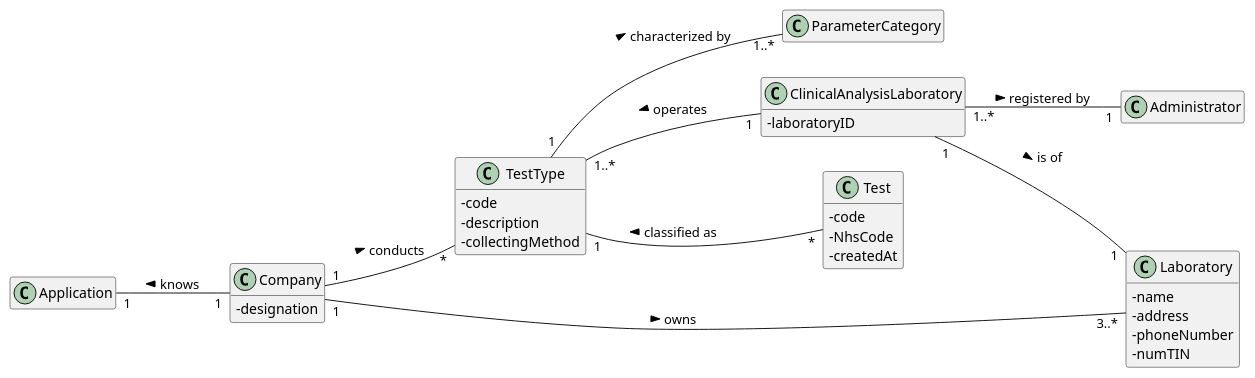
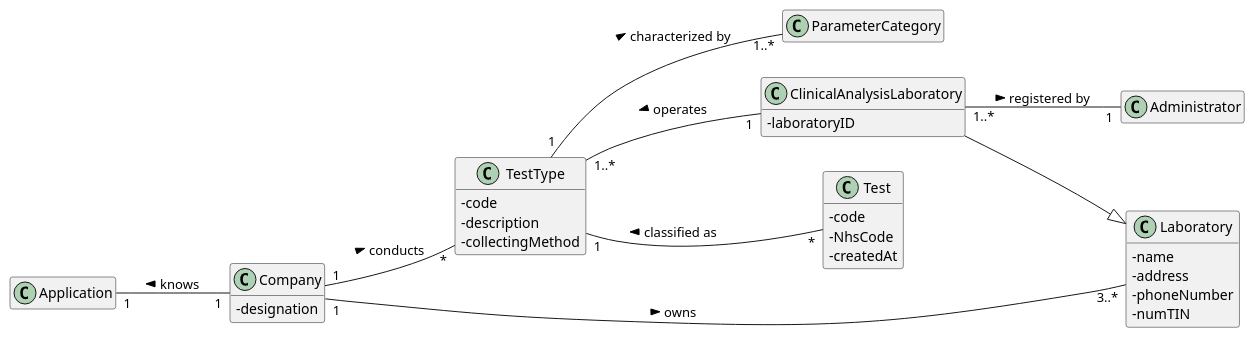
The diagram in docs/SprintB/US_8/US8_DM.puml (ana-albergaria/LAPR2-ISEP), drawn with PlantUML before and after one commit. The commit also changed 4 other files, not shown here.

```diff
--- a/docs/SprintB/US_8/US8_DM.puml
+++ b/docs/SprintB/US_8/US8_DM.puml
@@ -1,81 +1,83 @@
 @startuml
 
 skinparam classAttributeIconSize 0
 hide empty methods
 hide empty attributes
 left to right direction
 
 class Laboratory {
 - name
 - address
 - phoneNumber
 - numTIN
 }
 
 /'
 class Employee {
 - employeeID
 - organizationRole
 - name
 - address
 - phoneNumber
 - e-Mail
 - standardOccupationalClassificationCode
 }'/
 
 class Test{
 - code
 - NhsCode
 - createdAt
 }
 
 class ClinicalAnalysisLaboratory{
 - laboratoryID
 }
 
 class Application{}
 
 class TestType{
 - code
 - description
 - collectingMethod
 }
 
 class Company{
 - designation
 }
 
 class Administrator{}
 
 together {
 class TestType
 class Laboratory
 }
 
 Company -[hidden]-> TestType
 Company -[hidden]-> Laboratory
 
 
 /' LAYOUT PURPOSES '/
 ClinicalAnalysisLaboratory -[hidden]down-> Laboratory
 Test -[hidden]up-> TestType
 ClinicalAnalysisLaboratory -[hidden]up-> TestType
 
 
 /' END OF LAYOUT PURPOSES '/
 
 Company "1" -- "3..*" Laboratory : owns >
-ClinicalAnalysisLaboratory "1" -- "1" Laboratory : is of >
+/'ClinicalAnalysisLaboratory "1" -- "1" Laboratory : is of >'/
 /'Employee "1..*" - "1" Company : works for >'/
 Company "1" -- "*" TestType : conducts >
 
 /' MUDAR SENTIDO DA SETA? POR CAUSA DO RATIONALE '/
 Application "1" -- "1" Company : knows <
 Test "*" -- "1" TestType : classified as >
 ClinicalAnalysisLaboratory "1" -- "1..*" TestType : operates >
 ClinicalAnalysisLaboratory "1..*" -- "1" Administrator : registered by >
 TestType "1" -- "1..*" ParameterCategory : characterized by >
 
+Laboratory <|-- ClinicalAnalysisLaboratory
+
 
 
 @enduml
```
